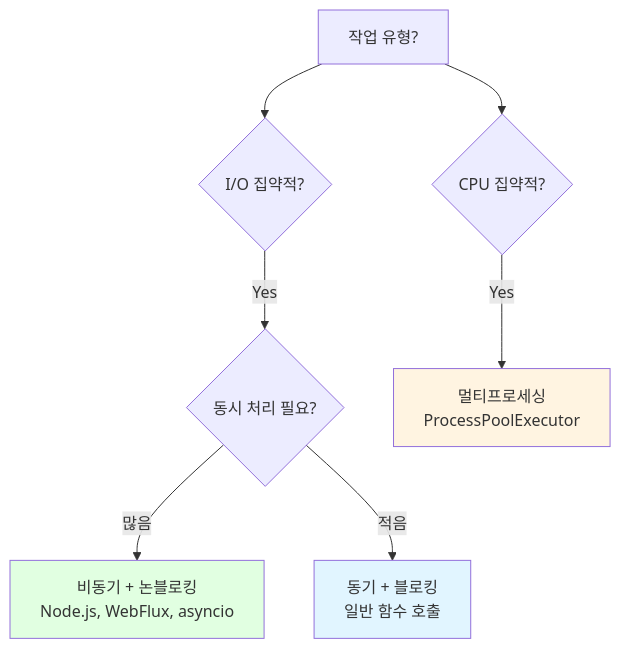
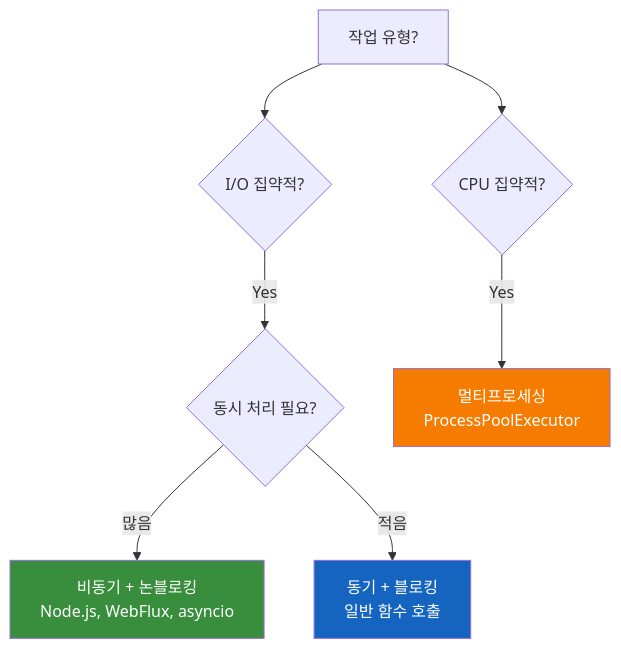
One commit to sskim91/TIL changed diagram 14 of 14 in computer-science/동기-비동기-블로킹-논블로킹.md. Above: the diagram before and after it, drawn with Mermaid. The commit also changed other lines of this file and 1 other file, not shown here.

````diff
--- a/computer-science/동기-비동기-블로킹-논블로킹.md
+++ b/computer-science/동기-비동기-블로킹-논블로킹.md
@@ -1107,15 +1107,15 @@
 ```mermaid
 graph TD
     A[작업 유형?] --> B{I/O 집약적?}
     A --> C{CPU 집약적?}
 
     B -->|Yes| D{동시 처리 필요?}
     D -->|많음| E["비동기 + 논블로킹<br/>Node.js, WebFlux, asyncio"]
     D -->|적음| F["동기 + 블로킹<br/>일반 함수 호출"]
 
     C -->|Yes| G["멀티프로세싱<br/>ProcessPoolExecutor"]
 
-    style E fill:#e1ffe1
-    style F fill:#e1f5ff
-    style G fill:#fff4e1
+    style E fill:#388E3C,color:#fff
+    style F fill:#1565C0,color:#fff
+    style G fill:#F57C00,color:#fff
 ```
````
